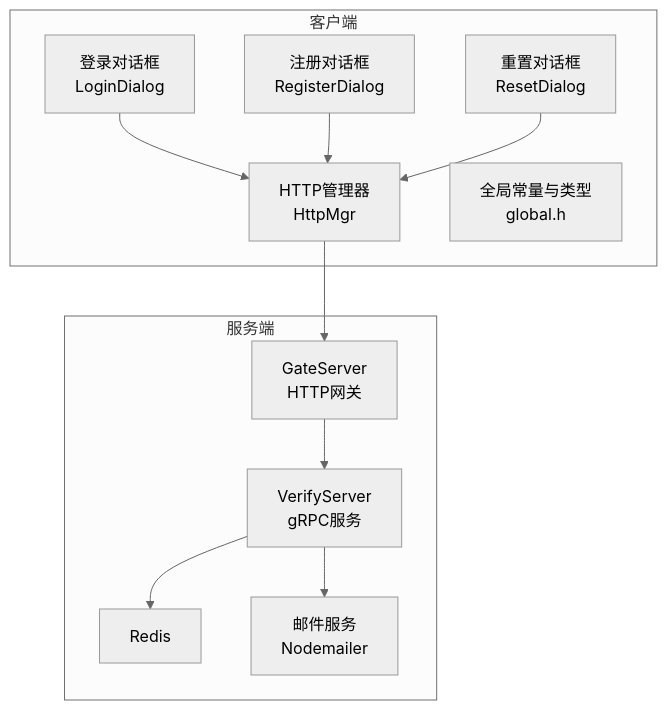
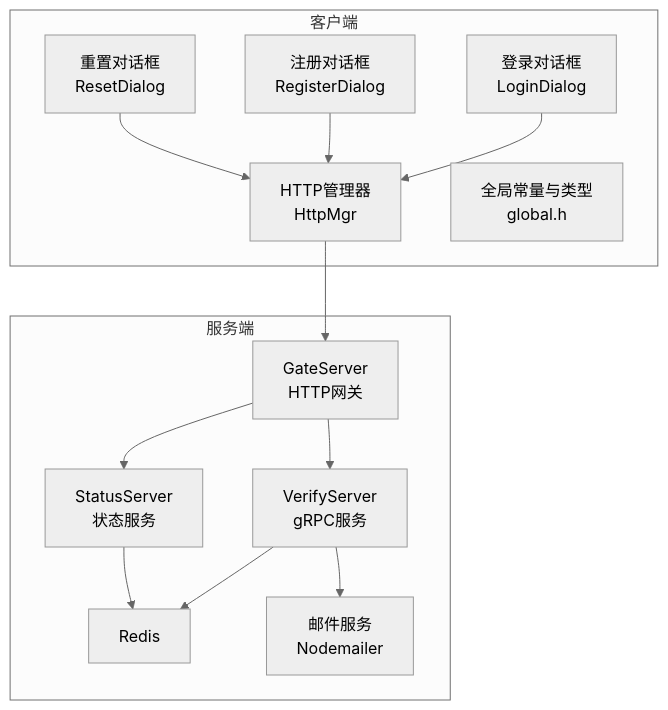
The first of 7 diagrams in .qoder/repowiki/zh/content/核心功能模块/用户认证系统/用户认证系统.md (echo9923/mychatter), drawn with Mermaid (neutral theme) before and after one commit. The commit also changed other lines of this file and 107 other files, not shown here.

````diff
--- a/.qoder/repowiki/zh/content/核心功能模块/用户认证系统/用户认证系统.md
+++ b/.qoder/repowiki/zh/content/核心功能模块/用户认证系统/用户认证系统.md
@@ -46,23 +56,26 @@
 ```mermaid
 graph TB
 subgraph "客户端"
 LD["登录对话框<br/>LoginDialog"]
 RD["注册对话框<br/>RegisterDialog"]
 RSD["重置对话框<br/>ResetDialog"]
 HM["HTTP管理器<br/>HttpMgr"]
 GL["全局常量与类型<br/>global.h"]
 end
 subgraph "服务端"
 GS["GateServer<br/>HTTP网关"]
 VS["VerifyServer<br/>gRPC服务"]
+SS["StatusServer<br/>状态服务"]
 REDIS["Redis"]
 EMAIL["邮件服务<br/>Nodemailer"]
 end
 LD --> HM
 RD --> HM
 RSD --> HM
 HM --> GS
 GS --> VS
+GS --> SS
 VS --> REDIS
 VS --> EMAIL
+SS --> REDIS
 ```
````
